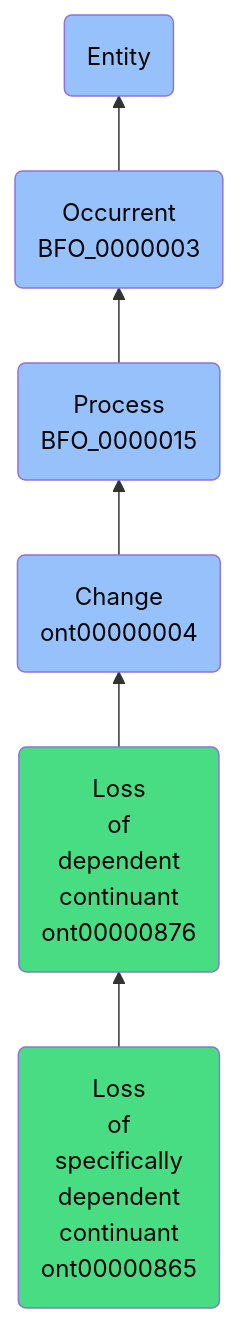
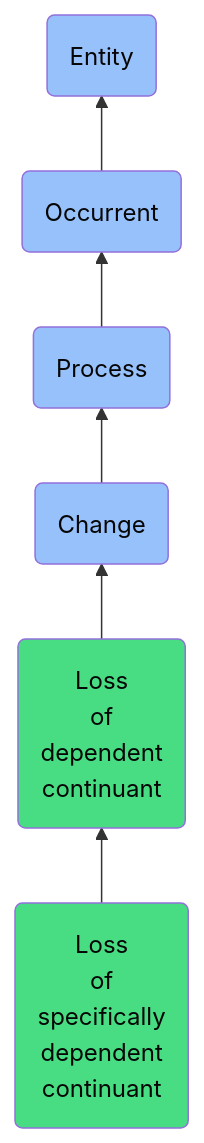
Before and after one commit to jupyter-naas/abi: the diagram in docs/ontology/reference/model/Entity/Occurrent/Process/Change/Loss of dependent continuant/Loss of specifically dependent continuant/Loss of specifically dependent continuant.md, drawn with Mermaid. The commit also changed other lines of this file and 1430 other files, not shown here.

````diff
--- a/docs/ontology/reference/model/Entity/Occurrent/Process/Change/Loss of dependent continuant/Loss of specifically dependent continuant/Loss of specifically dependent continuant.md
+++ b/docs/ontology/reference/model/Entity/Occurrent/Process/Change/Loss of dependent continuant/Loss of specifically dependent continuant/Loss of specifically dependent continuant.md
@@ -24,13 +24,13 @@
 ```mermaid
 graph BT
-    ont00000865(Loss<br>of<br>specifically<br>dependent<br>continuant<br>ont00000865):::ABI-->ont00000876
-    ont00000876(Loss<br>of<br>dependent<br>continuant<br>ont00000876):::ABI-->ont00000004
-    ont00000004(Change<br>ont00000004):::BFO-->BFO_0000015
-    BFO_0000015(Process<br>BFO_0000015):::BFO-->BFO_0000003
-    BFO_0000003(Occurrent<br>BFO_0000003):::BFO-->BFO_0000001
+    ont00000865(Loss<br>of<br>specifically<br>dependent<br>continuant):::ABI-->ont00000876
+    ont00000876(Loss<br>of<br>dependent<br>continuant):::ABI-->ont00000004
+    ont00000004(Change):::BFO-->BFO_0000015
+    BFO_0000015(Process):::BFO-->BFO_0000003
+    BFO_0000003(Occurrent):::BFO-->BFO_0000001
     BFO_0000001(Entity):::BFO
     
     classDef BFO fill:#97c1fb,color:#060606
     classDef CCO fill:#e4c51e,color:#060606
     classDef ABI fill:#48DD82,color:#060606
 ```
````
